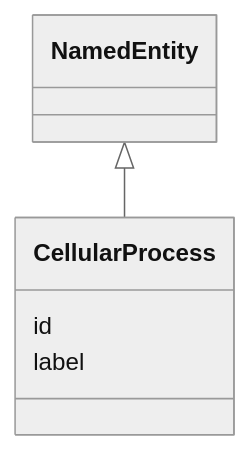
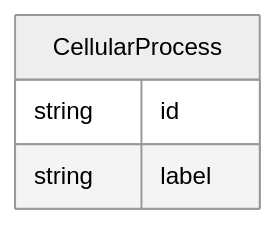
Before and after one commit to monarch-initiative/ontogpt: the diagram in docs/gocam/CellularProcess.md, drawn with Mermaid (neutral theme). The commit also changed 187 other files, not shown here.

````diff
--- a/docs/gocam/CellularProcess.md
+++ b/docs/gocam/CellularProcess.md
@@ -8,9 +8,10 @@
 ```mermaid
- classDiagram
-    class CellularProcess
-      NamedEntity <|-- CellularProcess
-      
-      CellularProcess : id
-      CellularProcess : label
-      
+erDiagram
+CellularProcess {
+    string id  
+    string label  
+}
+
+
+
 ```
````
